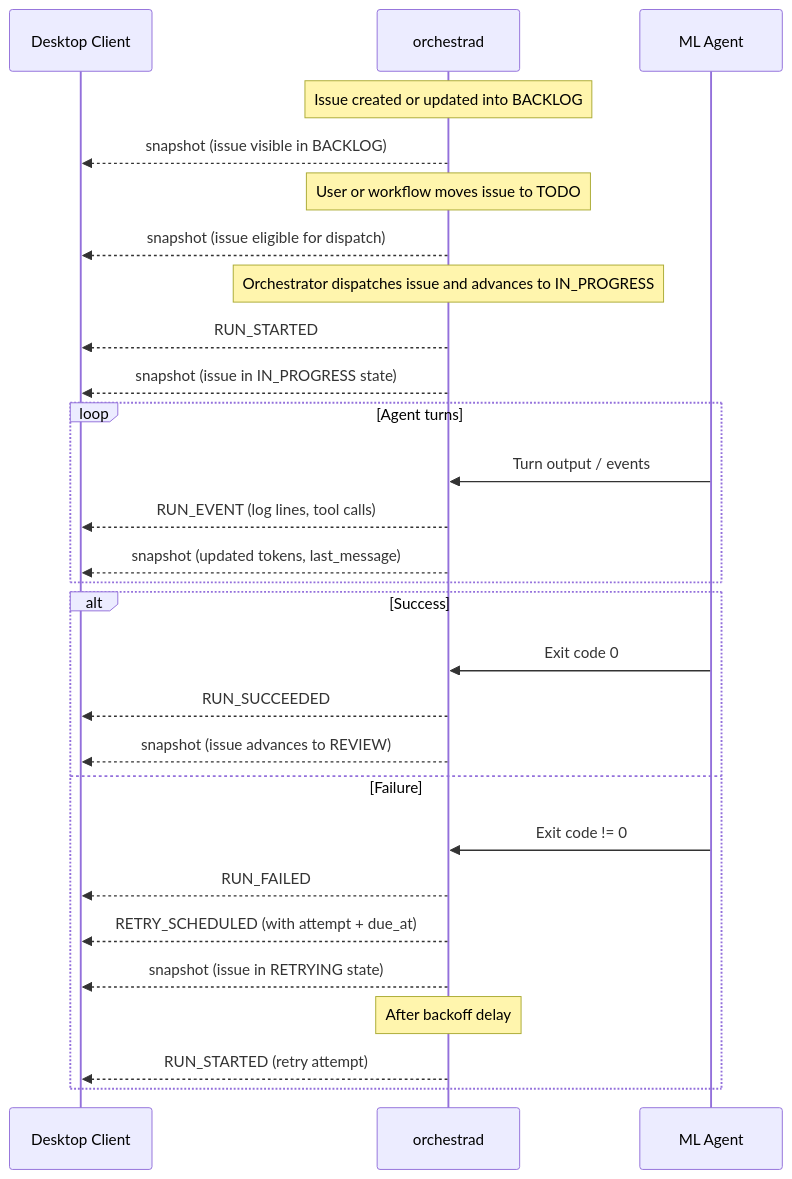
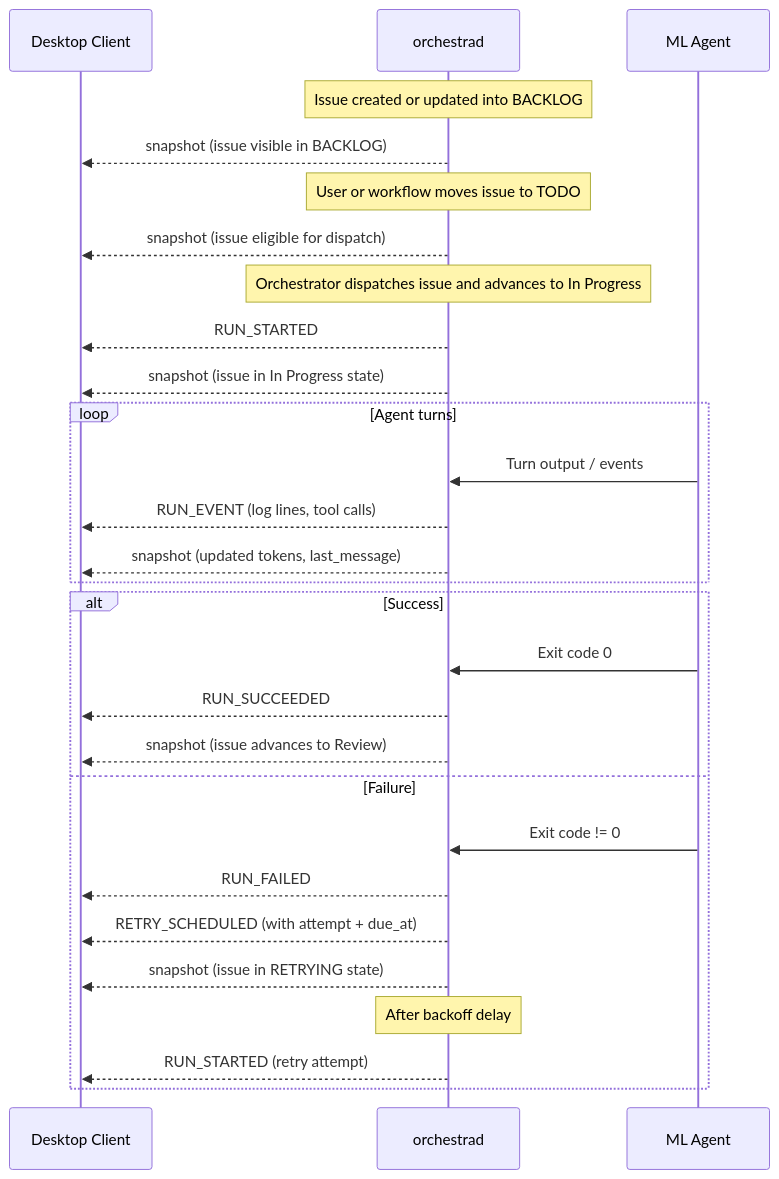
One commit to bradAGI/Orchestra changed the third of 3 diagrams in docs/api/sse-events.md. Above: the diagram before and after it, drawn with Mermaid.

Commit message:
docs(audit): normalize SSE lifecycle state labels

````diff
--- a/docs/api/sse-events.md
+++ b/docs/api/sse-events.md
@@ -193,35 +193,35 @@
 ```mermaid
 sequenceDiagram
     participant UI as Desktop Client
     participant API as orchestrad
     participant Agent as ML Agent
 
     Note over API: Issue created or updated into BACKLOG
     API-->>UI: snapshot (issue visible in BACKLOG)
 
     Note over API: User or workflow moves issue to TODO
     API-->>UI: snapshot (issue eligible for dispatch)
 
-    Note over API: Orchestrator dispatches issue and advances to IN_PROGRESS
+    Note over API: Orchestrator dispatches issue and advances to In Progress
     API-->>UI: RUN_STARTED
-    API-->>UI: snapshot (issue in IN_PROGRESS state)
+    API-->>UI: snapshot (issue in In Progress state)
 
     loop Agent turns
         Agent->>API: Turn output / events
         API-->>UI: RUN_EVENT (log lines, tool calls)
         API-->>UI: snapshot (updated tokens, last_message)
     end
 
     alt Success
         Agent->>API: Exit code 0
         API-->>UI: RUN_SUCCEEDED
-        API-->>UI: snapshot (issue advances to REVIEW)
+        API-->>UI: snapshot (issue advances to Review)
     else Failure
         Agent->>API: Exit code != 0
         API-->>UI: RUN_FAILED
         API-->>UI: RETRY_SCHEDULED (with attempt + due_at)
         API-->>UI: snapshot (issue in RETRYING state)
         Note over API: After backoff delay
         API-->>UI: RUN_STARTED (retry attempt)
     end
 ```
````
